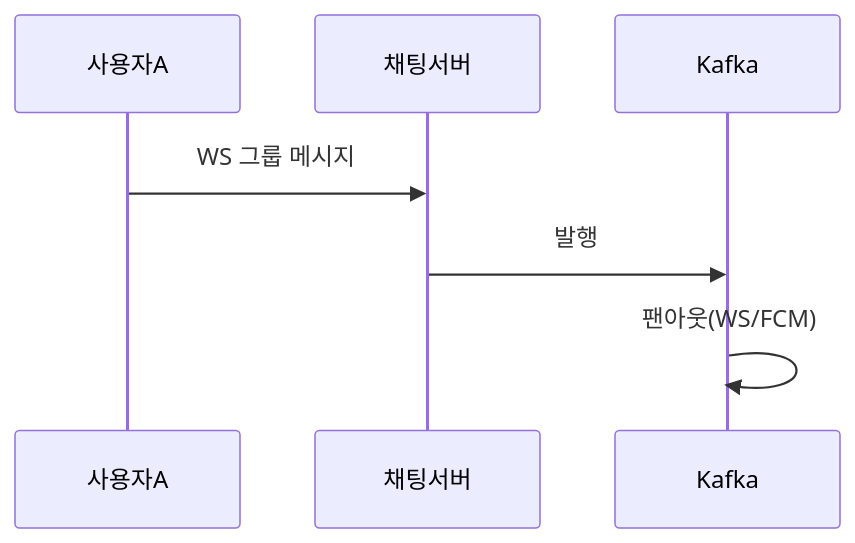
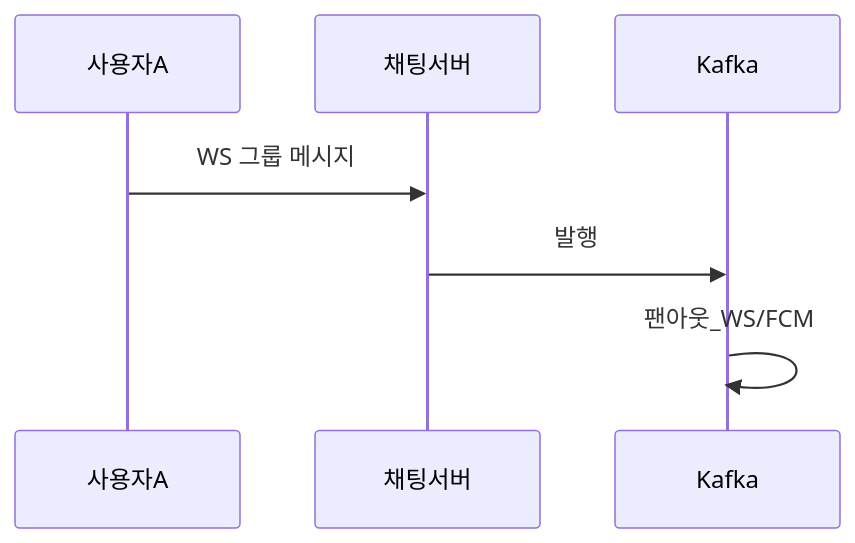
Before and after one commit to yjkim2015/yjkim2015.github.io: the eighth of 9 diagrams in _posts/systemdesign/2026-05-02-system-design-chat.md, drawn with Mermaid. The commit also changed other lines of this file and 85 other files, not shown here.

First line of the commit message:
sequenceDiagram 문법 에러 2차 수정 169개 (86파일)

````diff
--- a/_posts/systemdesign/2026-05-02-system-design-chat.md
+++ b/_posts/systemdesign/2026-05-02-system-design-chat.md
@@ -587,9 +587,9 @@
 ```mermaid
 sequenceDiagram
     participant A as 사용자A
     participant S1 as 채팅서버
     participant K as Kafka
     A->>S1: WS 그룹 메시지
     S1->>K: 발행
-    K->>K: 팬아웃(WS/FCM)
+    K->>K: 팬아웃_WS/FCM
 ```
````
